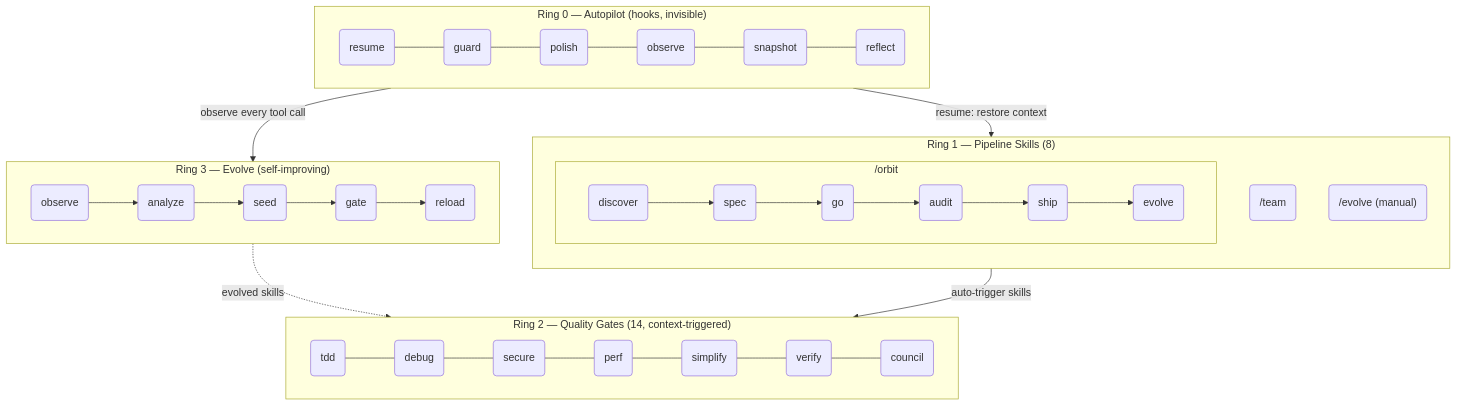
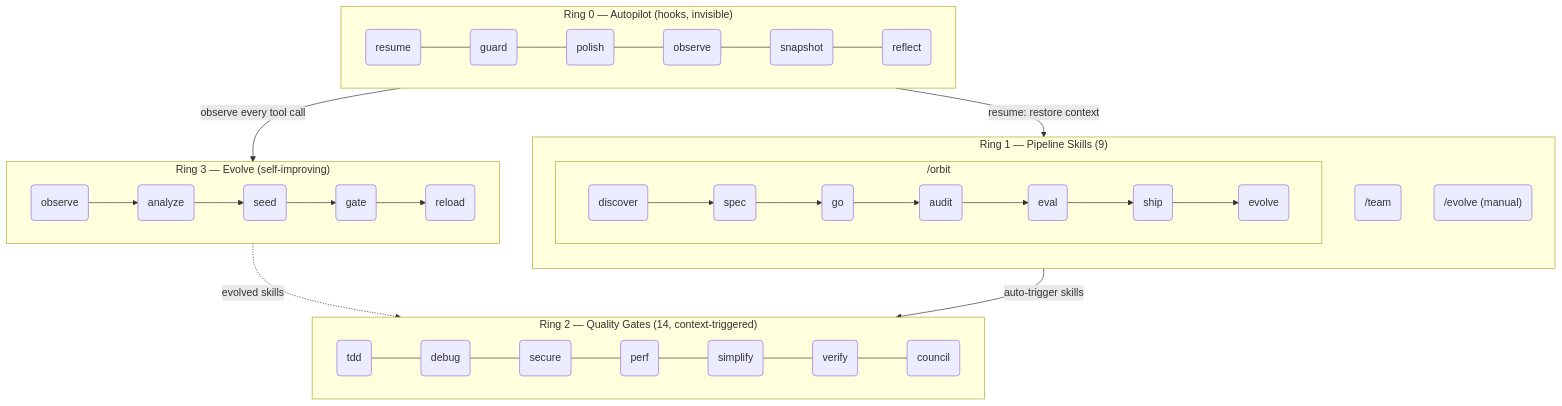
Before and after one commit to epicsagas/epic-harness: the second of 2 diagrams in i18n/ja/README.md, drawn with Mermaid. The commit also changed other lines of this file and 10 other files, not shown here.

````diff
--- a/i18n/ja/README.md
+++ b/i18n/ja/README.md
@@ -425,32 +429,32 @@
 ```mermaid
 flowchart TB
     subgraph R0["Ring 0 — Autopilot (hooks, invisible)"]
         direction LR
         h1(resume) --- h2(guard) --- h3(polish) --- h4(observe) --- h5(snapshot) --- h6(reflect)
     end
 
-    subgraph R1["Ring 1 — Pipeline Skills (8)"]
+    subgraph R1["Ring 1 — Pipeline Skills (9)"]
         direction TB
         subgraph orbit_wrap["  /orbit  "]
             direction LR
-            c1(discover) --> c2(spec) --> c3(go) --> c4(audit) --> c5(ship) --> c6(evolve)
+            c1(discover) --> c2(spec) --> c3(go) --> c4(audit) --> c4b(eval) --> c5(ship) --> c6(evolve)
         end
         c7("/team")
         c8("/evolve (manual)")
     end
 
     subgraph R2["Ring 2 — Quality Gates (14, context-triggered)"]
         direction LR
         s1(tdd) --- s2(debug) --- s3(secure) --- s4(perf) --- s5(simplify) --- s6(verify) --- s7(council)
     end
 
     subgraph R3["Ring 3 — Evolve (self-improving)"]
         direction LR
         e1(observe) --> e2(analyze) --> e3(seed) --> e4(gate) --> e5(reload)
     end
 
     R0 -->|"observe every tool call"| R3
     R3 -.->|"evolved skills"| R2
     R1 -->|"auto-trigger skills"| R2
     R0 -->|"resume: restore context"| R1
 ```
````
